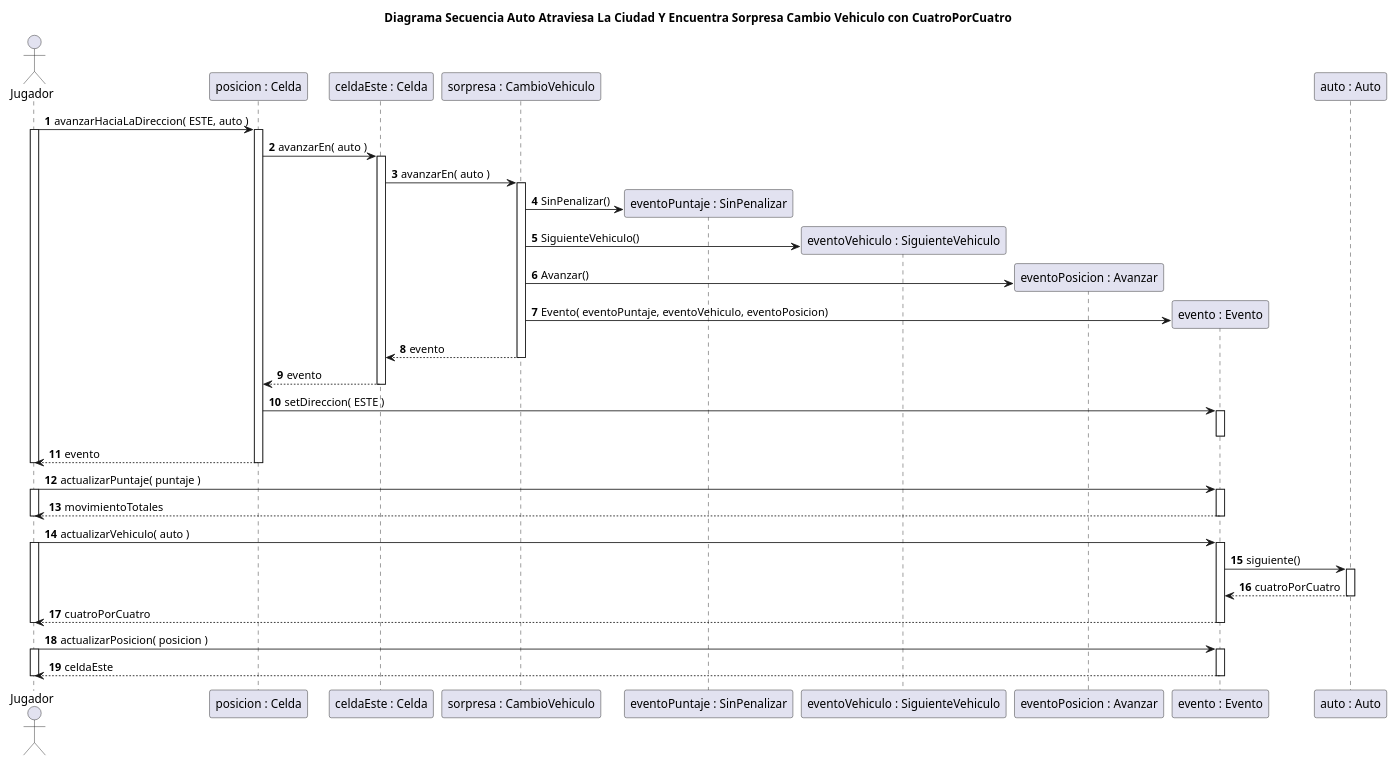
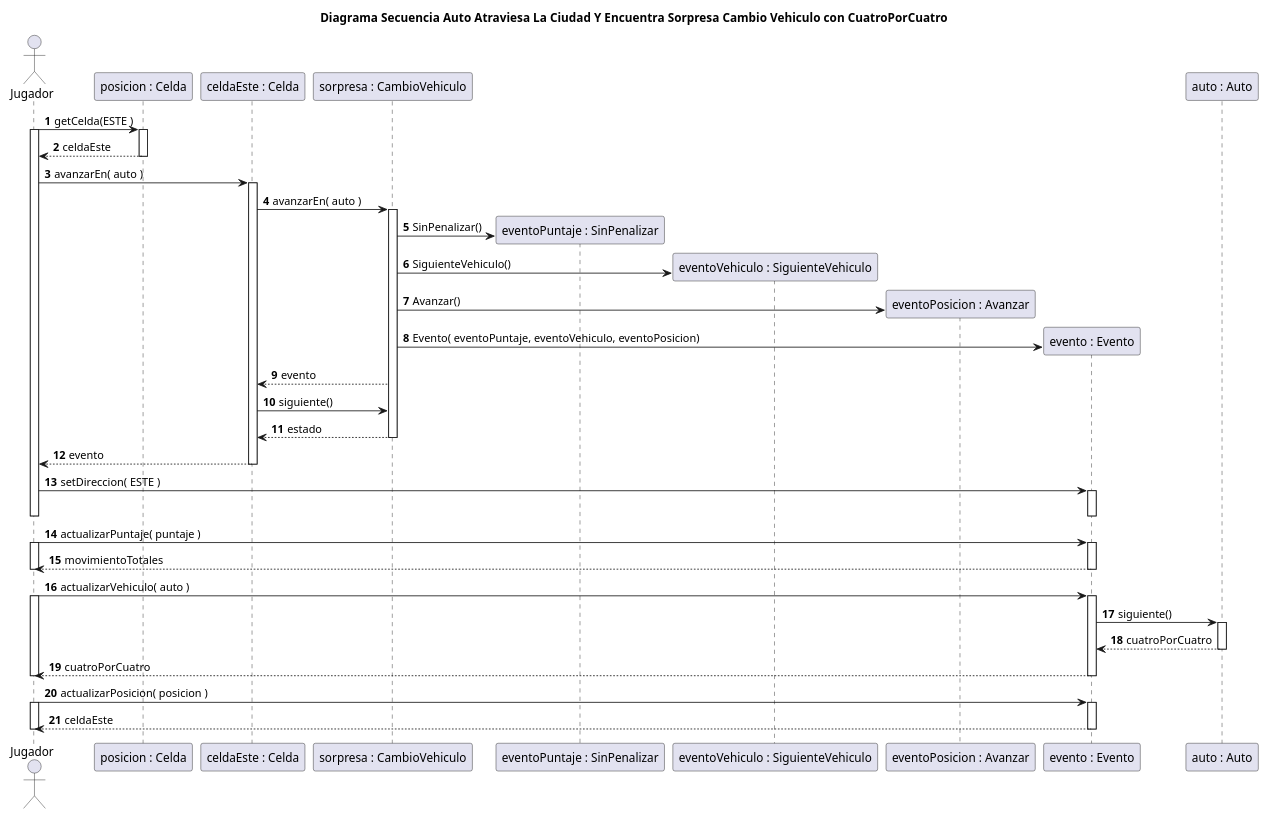
Before and after one commit to rodrigovzq/algo3_tp2: the diagram in diagrams/sequences/entrega2/CasoAutoAtraviesaLaCiudadYEncuentraSorpresaCambioVehiculoCon4X4.puml, drawn with PlantUML. The commit also changed 10 other files, not shown here.

```diff
--- a/diagrams/sequences/entrega2/CasoAutoAtraviesaLaCiudadYEncuentraSorpresaCambioVehiculoCon4X4.puml
+++ b/diagrams/sequences/entrega2/CasoAutoAtraviesaLaCiudadYEncuentraSorpresaCambioVehiculoCon4X4.puml
@@ -1,56 +1,59 @@
 @startuml
 title Diagrama Secuencia Auto Atraviesa La Ciudad Y Encuentra Sorpresa Cambio Vehiculo con CuatroPorCuatro
 
 autonumber
 
 actor Jugador
 
-Jugador -> "posicion : Celda"++: avanzarHaciaLaDireccion( ESTE, auto )
+Jugador -> "posicion : Celda"++: getCelda(ESTE )
 
 activate Jugador
-"posicion : Celda" -> "celdaEste : Celda"++: avanzarEn( auto )
+"posicion : Celda" --> Jugador: celdaEste
+deactivate "posicion : Celda"
+Jugador -> "celdaEste : Celda"++: avanzarEn( auto )
 
 
 "celdaEste : Celda" -> "sorpresa : CambioVehiculo"++: avanzarEn( auto )
 
 create "eventoPuntaje : SinPenalizar"
 "sorpresa : CambioVehiculo"-> "eventoPuntaje : SinPenalizar": SinPenalizar()
 
 create "eventoVehiculo : SiguienteVehiculo"
 "sorpresa : CambioVehiculo" -> "eventoVehiculo : SiguienteVehiculo": SiguienteVehiculo()
 
 create "eventoPosicion : Avanzar"
 "sorpresa : CambioVehiculo"  -> "eventoPosicion : Avanzar": Avanzar()
 
 create "evento : Evento"
 "sorpresa : CambioVehiculo"  -> "evento : Evento": Evento( eventoPuntaje, eventoVehiculo, eventoPosicion)
 
-"sorpresa : CambioVehiculo" --> "celdaEste : Celda"--: evento
+"sorpresa : CambioVehiculo" --> "celdaEste : Celda": evento
+"celdaEste : Celda" -> "sorpresa : CambioVehiculo": siguiente()
+"sorpresa : CambioVehiculo" --> "celdaEste : Celda"--: estado
 
-"celdaEste : Celda" --> "posicion : Celda": evento
+"celdaEste : Celda" --> Jugador: evento
 deactivate "celdaEste : Celda"
-"posicion : Celda" -> "evento : Evento"++: setDireccion( ESTE )
+Jugador -> "evento : Evento"++: setDireccion( ESTE )
 deactivate "evento : Evento"
 
-"posicion : Celda" --> Jugador--: evento
 deactivate Jugador
 
 Jugador -> "evento : Evento"++: actualizarPuntaje( puntaje )
 activate Jugador
 Jugador <-- "evento : Evento"--: movimientoTotales
 deactivate Jugador
 
 Jugador -> "evento : Evento"++: actualizarVehiculo( auto )
 activate Jugador
 "evento : Evento" -> "auto : Auto"++: siguiente()
  "auto : Auto" --> "evento : Evento"--: cuatroPorCuatro
 
 Jugador <-- "evento : Evento"--: cuatroPorCuatro
 deactivate Jugador
 
 
 Jugador -> "evento : Evento"++: actualizarPosicion( posicion )
 activate Jugador
 Jugador <-- "evento : Evento"--: celdaEste
 deactivate Jugador
 @enduml
```
